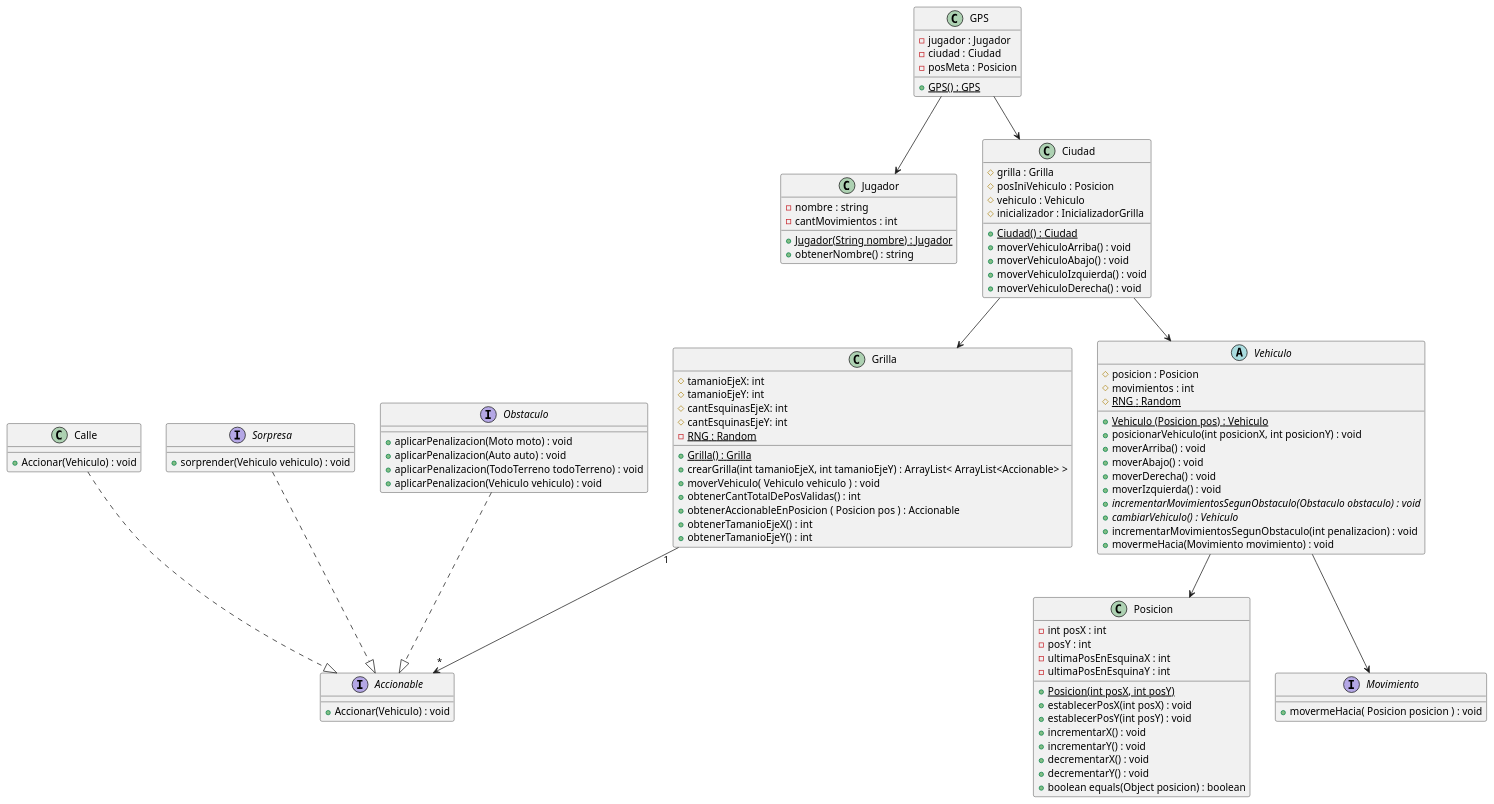
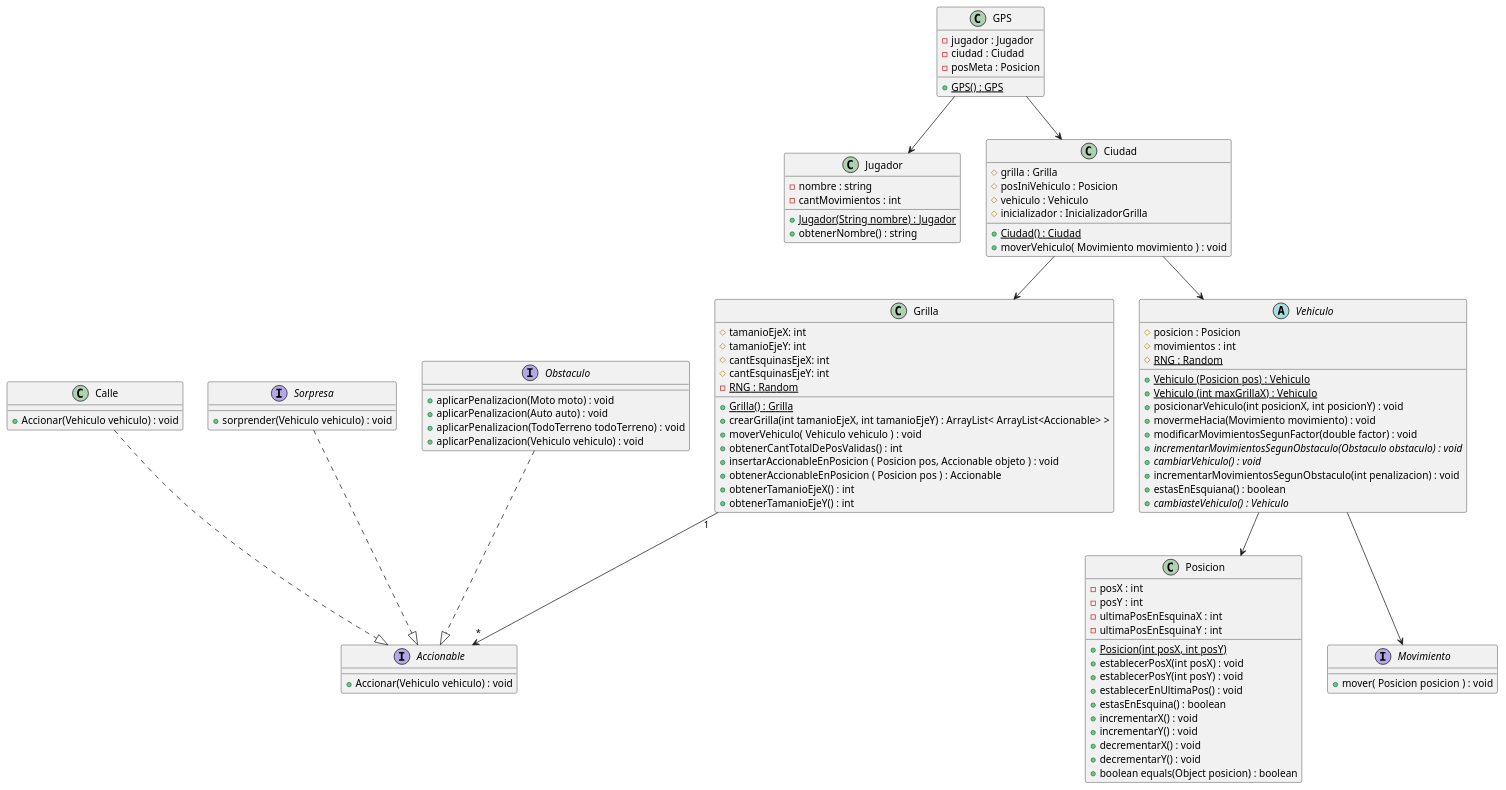
One commit to kikiymini/algo3_tp2 changed the diagram in Entrega2/DiagramaDeClases/DiagramaDeClases.puml. Above: the diagram before and after it, drawn with PlantUML.

Commit message:
Actualizo Diagrama de clases general

```diff
--- a/Entrega2/DiagramaDeClases/DiagramaDeClases.puml
+++ b/Entrega2/DiagramaDeClases/DiagramaDeClases.puml
@@ -1,124 +1,124 @@
 @startuml
     'https://plantuml.com/class-diagram
 
     class Grilla{
 
         # tamanioEjeX: int
         # tamanioEjeY: int
         # cantEsquinasEjeX: int
         # cantEsquinasEjeY: int
         - {static} RNG : Random
 
         + {static} Grilla() : Grilla
         + crearGrilla(int tamanioEjeX, int tamanioEjeY) : ArrayList< ArrayList<Accionable> >
         + moverVehiculo( Vehiculo vehiculo ) : void
         + obtenerCantTotalDePosValidas() : int
+        + insertarAccionableEnPosicion ( Posicion pos, Accionable objeto ) : void
         + obtenerAccionableEnPosicion ( Posicion pos ) : Accionable
         + obtenerTamanioEjeX() : int
         + obtenerTamanioEjeY() : int
 
     }
 
     class GPS {
         - jugador : Jugador
         - ciudad : Ciudad
         - posMeta : Posicion
         + {static} GPS() : GPS
     }
 
     class Jugador{
         - nombre : string
         - cantMovimientos : int
         + {static} Jugador(String nombre) : Jugador
         + obtenerNombre() : string
     }
 
     abstract Vehiculo{
+
         # posicion : Posicion
         # movimientos : int
         # {static} RNG : Random
 
         + {static} Vehiculo (Posicion pos) : Vehiculo
+        + {static} Vehiculo (int maxGrillaX) : Vehiculo
         + posicionarVehiculo(int posicionX, int posicionY) : void
-        + moverArriba() : void
-        + moverAbajo() : void
-        + moverDerecha() : void
-        + moverIzquierda() : void
+        + movermeHacia(Movimiento movimiento) : void
+        + modificarMovimientosSegunFactor(double factor) : void
         + {abstract} incrementarMovimientosSegunObstaculo(Obstaculo obstaculo) : void
-        + {abstract} cambiarVehiculo() : Vehiculo
+        + {abstract} cambiarVehiculo() : void
         + incrementarMovimientosSegunObstaculo(int penalizacion) : void
-        + movermeHacia(Movimiento movimiento) : void
+        + estasEnEsquiana() : boolean
+        + {abstract} cambiasteVehiculo() : Vehiculo
     }
 
     interface Accionable{
-        + Accionar(Vehiculo) : void
+        + Accionar(Vehiculo vehiculo) : void
     }
 
     class Calle{
-        + Accionar(Vehiculo) : void
+        + Accionar(Vehiculo vehiculo) : void
     }
 
     class Ciudad{
         # grilla : Grilla
         # posIniVehiculo : Posicion
         # vehiculo : Vehiculo
         # inicializador : InicializadorGrilla
-
         + {static} Ciudad() : Ciudad
-        + moverVehiculoArriba() : void
-        + moverVehiculoAbajo() : void
-        + moverVehiculoIzquierda() : void
-        + moverVehiculoDerecha() : void
+        + moverVehiculo( Movimiento movimiento ) : void
     }
 
     class Posicion{
-        - int posX : int
+        - posX : int
         - posY : int
         - ultimaPosEnEsquinaX : int
         - ultimaPosEnEsquinaY : int
 
         + {static} Posicion(int posX, int posY)
         + establecerPosX(int posX) : void
         + establecerPosY(int posY) : void
+        + establecerEnUltimaPos() : void
+        + estasEnEsquina() : boolean
         + incrementarX() : void
         + incrementarY() : void
         + decrementarX() : void
         + decrementarY() : void
         + boolean equals(Object posicion) : boolean
     }
 
     interface Sorpresa{
         + sorprender(Vehiculo vehiculo) : void
     }
 
 
     interface Obstaculo{
         + aplicarPenalizacion(Moto moto) : void
         + aplicarPenalizacion(Auto auto) : void
         + aplicarPenalizacion(TodoTerreno todoTerreno) : void
         + aplicarPenalizacion(Vehiculo vehiculo) : void
     }
 
 
     GPS --> Jugador
     GPS --> Ciudad
     Vehiculo --> Posicion
 
     Grilla "1" --> "*" Accionable
     Ciudad --> Vehiculo
     Ciudad --> Grilla
 
 
     Sorpresa ..|> Accionable
     Obstaculo ..|> Accionable
 
     Calle ..|> Accionable
 
     interface Movimiento{
-        +movermeHacia( Posicion posicion ) : void
+        +mover( Posicion posicion ) : void
     }
 
 
     Vehiculo --> Movimiento
 
 @enduml
```
